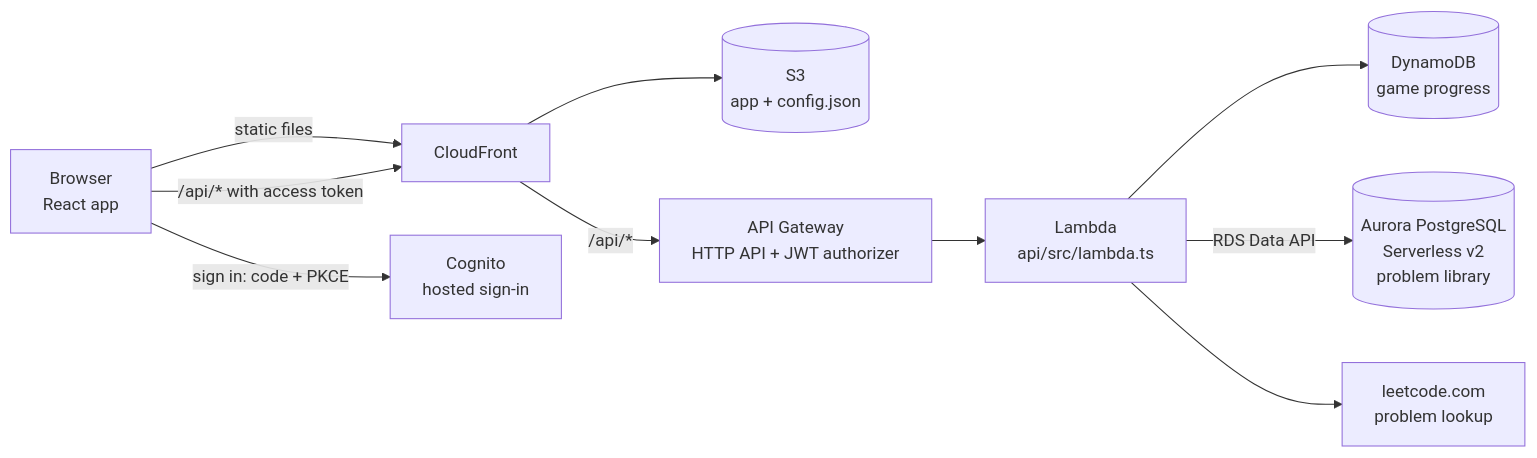
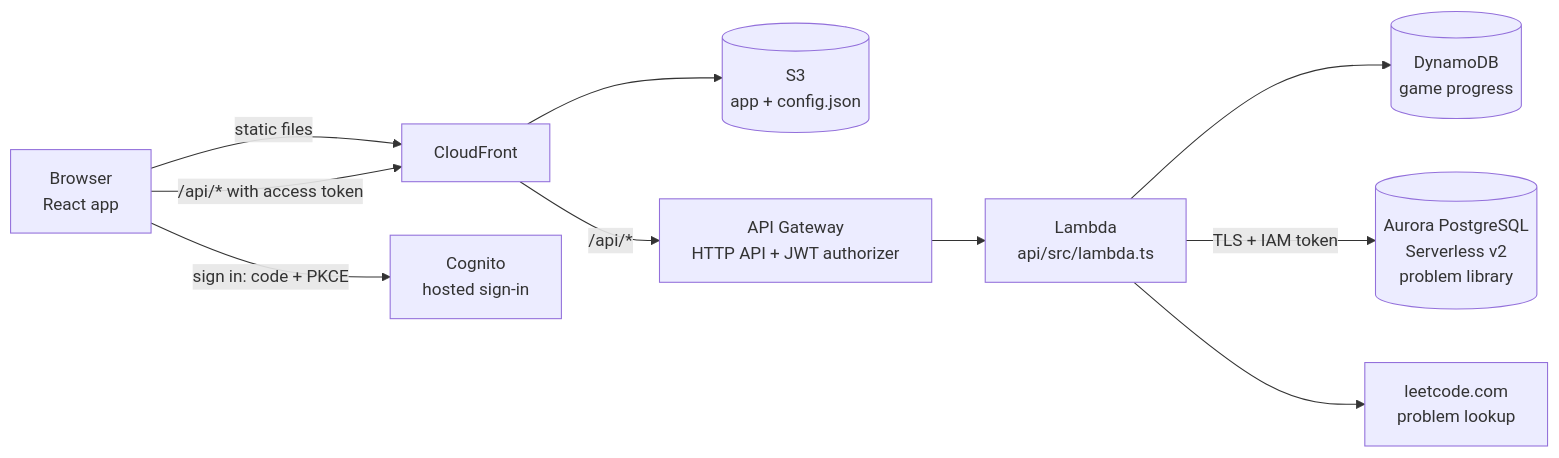
One commit to czxsc/Leetcode-Pokemon changed the diagram in docs/architecture.md. Above: the diagram before and after it, drawn with Mermaid. The commit also changed other lines of this file and 18 other files, not shown here.

First line of the commit message:
feat(infra): run Aurora in its express configuration, signing in with IAM

````diff
--- a/docs/architecture.md
+++ b/docs/architecture.md
@@ -14,12 +14,12 @@
 ```mermaid
 flowchart LR
   B[Browser<br/>React app] -->|static files| CF[CloudFront]
   CF --> S3[(S3<br/>app + config.json)]
   B -->|sign in: code + PKCE| COG[Cognito<br/>hosted sign-in]
   B -->|/api/* with access token| CF
   CF -->|/api/*| APIGW[API Gateway<br/>HTTP API + JWT authorizer]
   APIGW --> L[Lambda<br/>api/src/lambda.ts]
   L --> DDB[(DynamoDB<br/>game progress)]
-  L -->|RDS Data API| PG[(Aurora PostgreSQL<br/>Serverless v2<br/>problem library)]
+  L -->|TLS + IAM token| PG[(Aurora PostgreSQL<br/>Serverless v2<br/>problem library)]
   L --> LC[leetcode.com<br/>problem lookup]
 ```
````
